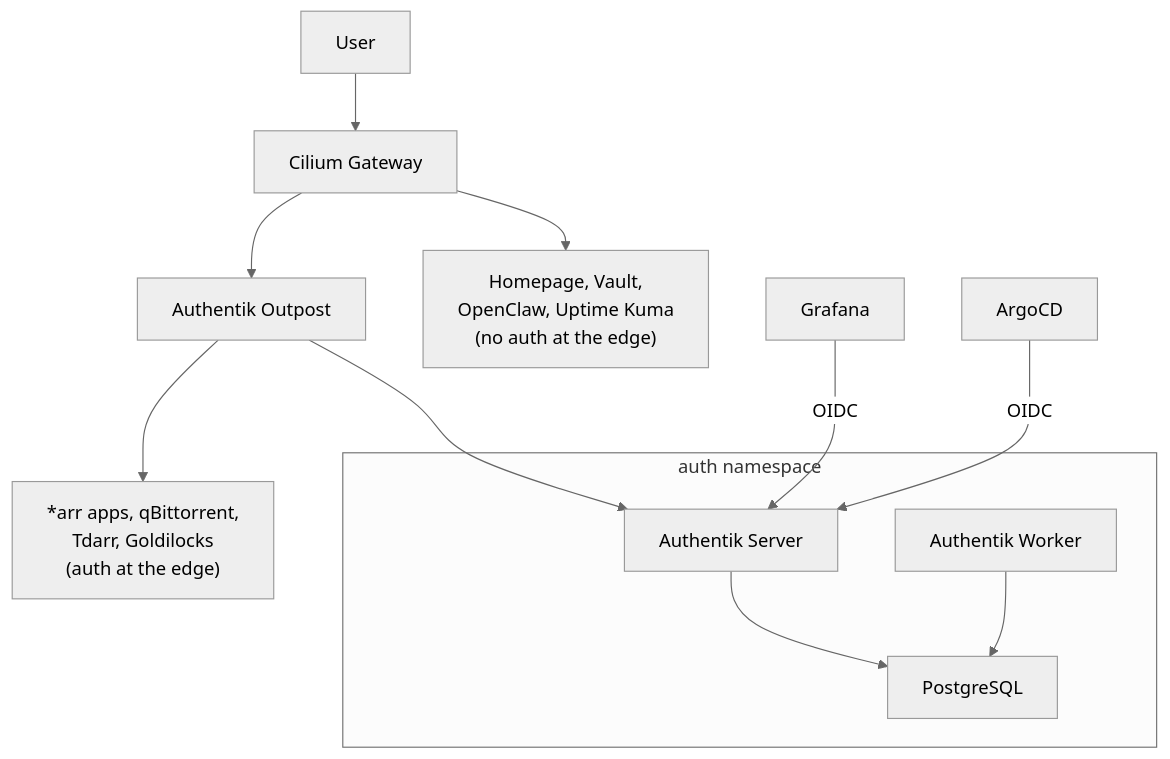
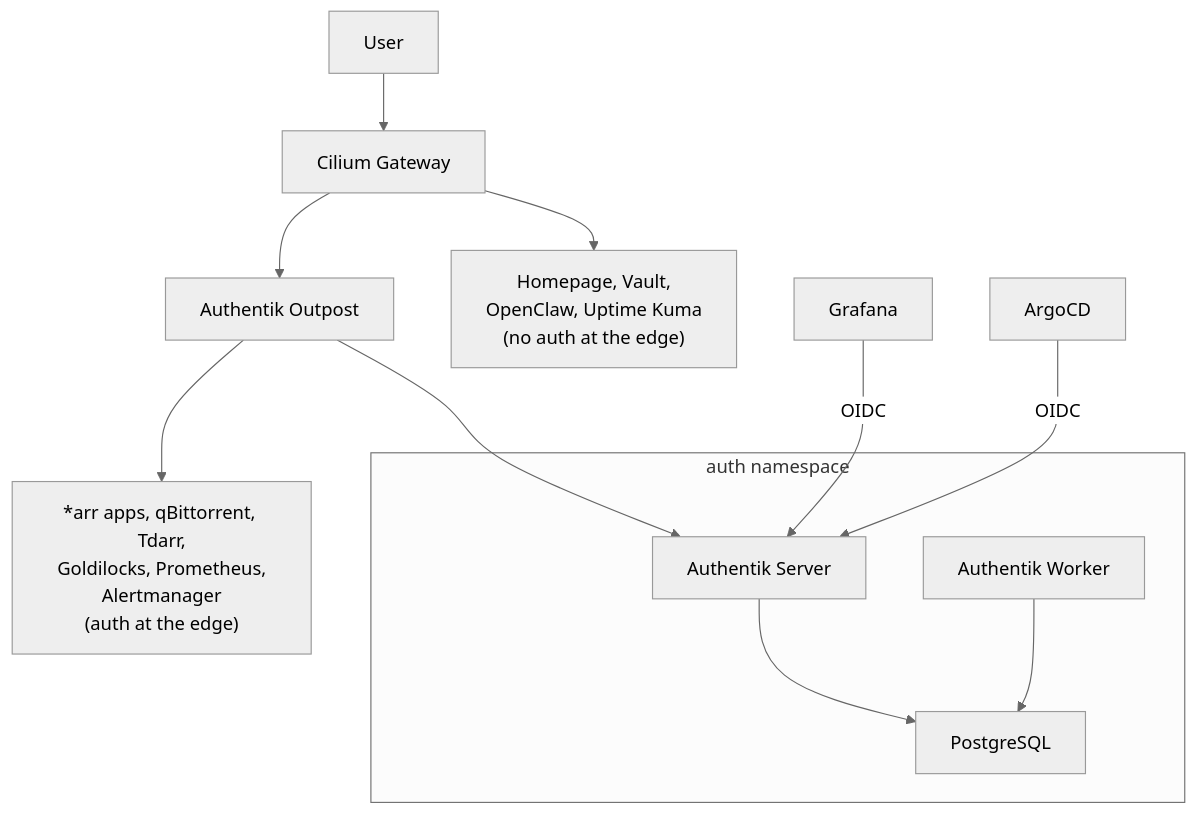
The diagram in docs/architecture/auth.md (kyleseneker/homelab), drawn with Mermaid (neutral theme) before and after one commit. The commit also changed other lines of this file, not shown here.

Commit message:
docs(auth): record prometheus and alertmanager behind the outpost

````diff
--- a/docs/architecture/auth.md
+++ b/docs/architecture/auth.md
@@ -7,19 +7,19 @@
 ```mermaid
 flowchart TB
     subgraph authNS ["auth namespace"]
         AuthentikServer["Authentik Server"]
         AuthentikWorker["Authentik Worker"]
         PostgreSQL["PostgreSQL"]
         AuthentikServer --> PostgreSQL
         AuthentikWorker --> PostgreSQL
     end
 
     User["User"] --> Gateway["Cilium Gateway"]
     Gateway --> Outpost["Authentik Outpost"]
-    Outpost --> ProtectedApps["*arr apps, qBittorrent,<br/>Tdarr, Goldilocks<br/>(auth at the edge)"]
+    Outpost --> ProtectedApps["*arr apps, qBittorrent, Tdarr,<br/>Goldilocks, Prometheus,<br/>Alertmanager<br/>(auth at the edge)"]
     Outpost --> AuthentikServer
     Gateway --> UnprotectedApps["Homepage, Vault,<br/>OpenClaw, Uptime Kuma<br/>(no auth at the edge)"]
 
     Grafana["Grafana"] -->|"OIDC"| AuthentikServer
     ArgoCD["ArgoCD"] -->|"OIDC"| AuthentikServer
 ```
````
